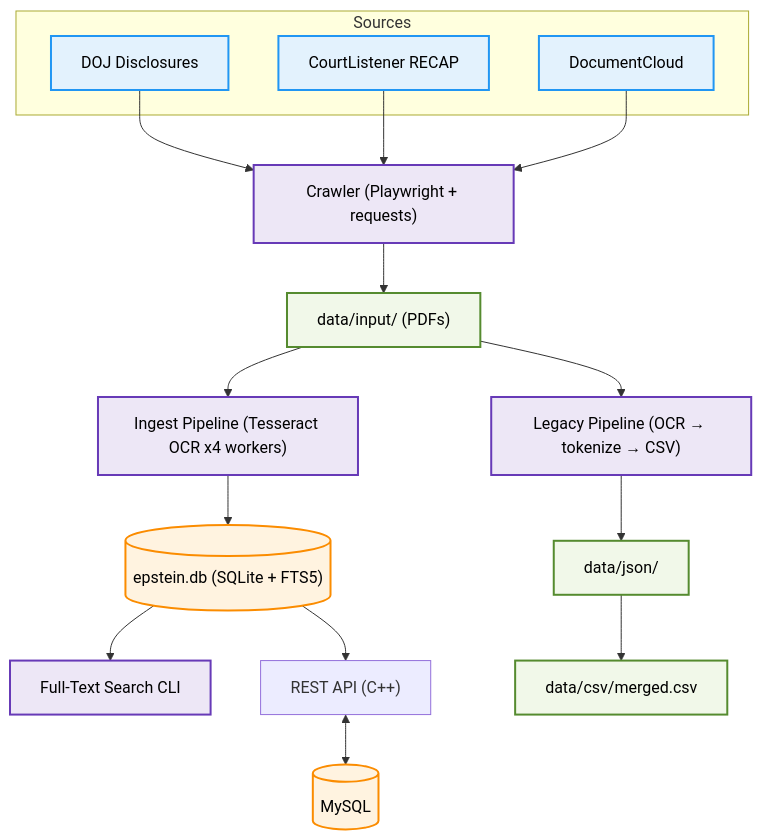
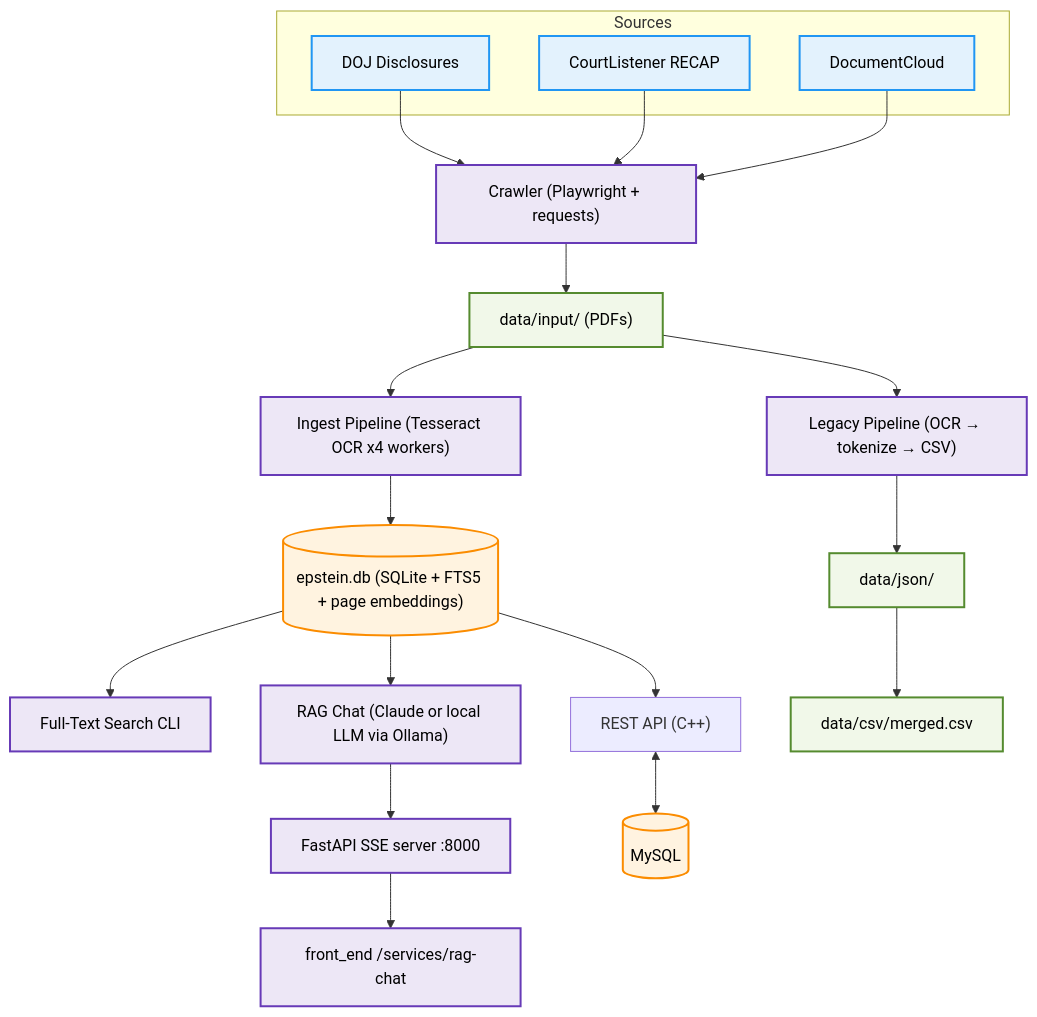
Before and after one commit to Lbelus/eps: the first of 2 diagrams in scan_manager/README.md, drawn with Mermaid. The commit also changed other lines of this file and 1 other file, not shown here.

First line of the commit message:
document the RAG stack (scan_manager + front_end READMEs)

````diff
--- a/scan_manager/README.md
+++ b/scan_manager/README.md
@@ -5,34 +5,37 @@
 ```mermaid
 graph TD
     subgraph Sources
         S1["DOJ Disclosures"]
         S2["CourtListener RECAP"]
         S3["DocumentCloud"]
     end
 
     S1 --> CR["Crawler (Playwright + requests)"]
     S2 --> CR
     S3 --> CR
 
     CR --> PDF["data/input/ (PDFs)"]
     PDF --> OCR["Ingest Pipeline (Tesseract OCR x4 workers)"]
-    OCR --> DB[("epstein.db (SQLite + FTS5)")]
+    OCR --> DB[("epstein.db (SQLite + FTS5 + page embeddings)")]
     DB --> SEARCH["Full-Text Search CLI"]
+    DB --> RAG["RAG Chat (Claude or local LLM via Ollama)"]
+    RAG --> RAGAPI["FastAPI SSE server :8000"]
+    RAGAPI --> FE["front_end /services/rag-chat"]
 
     PDF --> LEGACY["Legacy Pipeline (OCR → tokenize → CSV)"]
     LEGACY --> JSON["data/json/"]
     JSON --> CSV["data/csv/merged.csv"]
 
     DB --> API["REST API (C++)"]
     API <--> MYSQL[("MySQL")]
 
     classDef source fill:#e3f2fd,stroke:#2196f3,stroke-width:2px,color:#000;
     classDef process fill:#ede7f6,stroke:#673ab7,stroke-width:2px,color:#000;
     classDef storage fill:#f1f8e9,stroke:#558b2f,stroke-width:2px,color:#000;
     classDef db fill:#fff3e0,stroke:#fb8c00,stroke-width:2px,color:#000;
 
     class S1,S2,S3 source;
-    class CR,OCR,LEGACY,SEARCH process;
+    class CR,OCR,LEGACY,SEARCH,RAG,RAGAPI,FE process;
     class PDF,JSON,CSV storage;
     class DB,MYSQL db;
 ```
````
